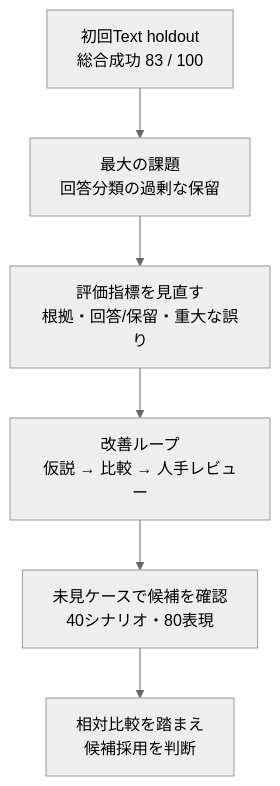
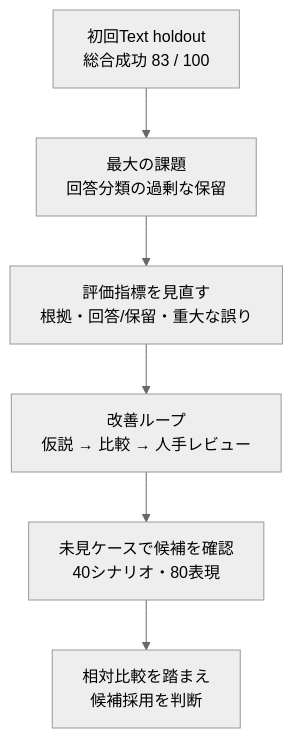
Before and after one commit to toko1970/municipal-rag-assistant: the diagram in eval/reports/ACCURACY_IMPROVEMENT.md, drawn with Mermaid (neutral theme). The commit also changed 1 other file, not shown here.

Commit message:
docs: widen accuracy flow diagrams

````diff
--- a/eval/reports/ACCURACY_IMPROVEMENT.md
+++ b/eval/reports/ACCURACY_IMPROVEMENT.md
@@ -7,10 +7,11 @@
 ```mermaid
+%%{init: {"flowchart": {"wrappingWidth": 300, "minNodeWidth": 260}}}%%
 flowchart TD
     A[初回Text holdout<br/>総合成功 83 / 100]
     B[最大の課題<br/>回答分類の過剰な保留]
     C[評価指標を見直す<br/>根拠・回答/保留・重大な誤り]
     D[改善ループ<br/>仮説 → 比較 → 人手レビュー]
     E[未見ケースで候補を確認<br/>40シナリオ・80表現]
     F[相対比較を踏まえ<br/>候補採用を判断]
     A --> B --> C --> D --> E --> F
 ```
````
